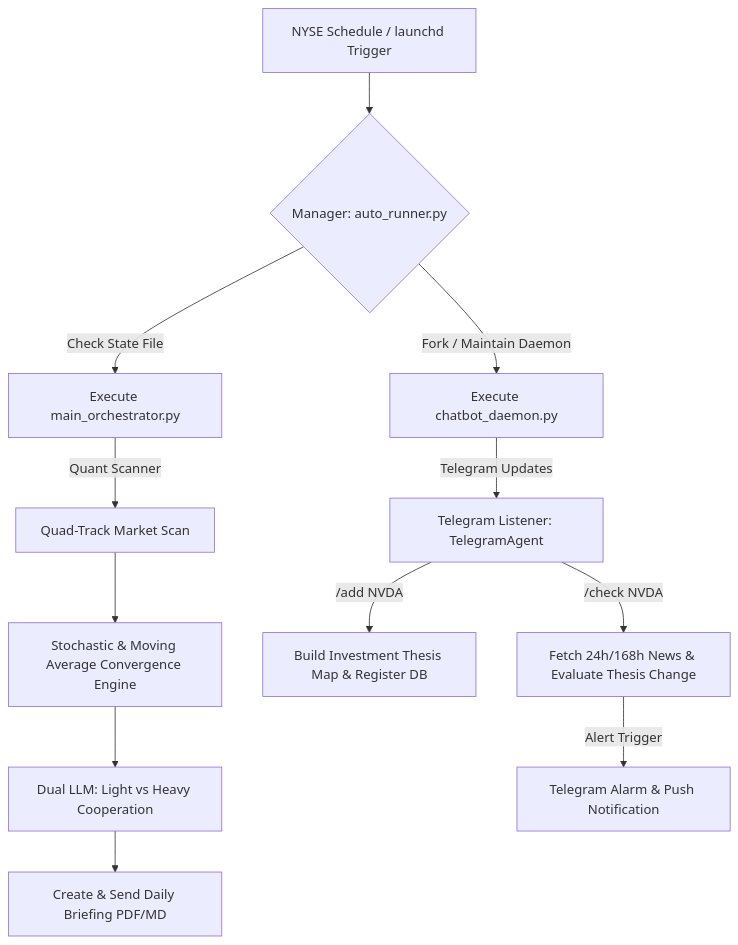
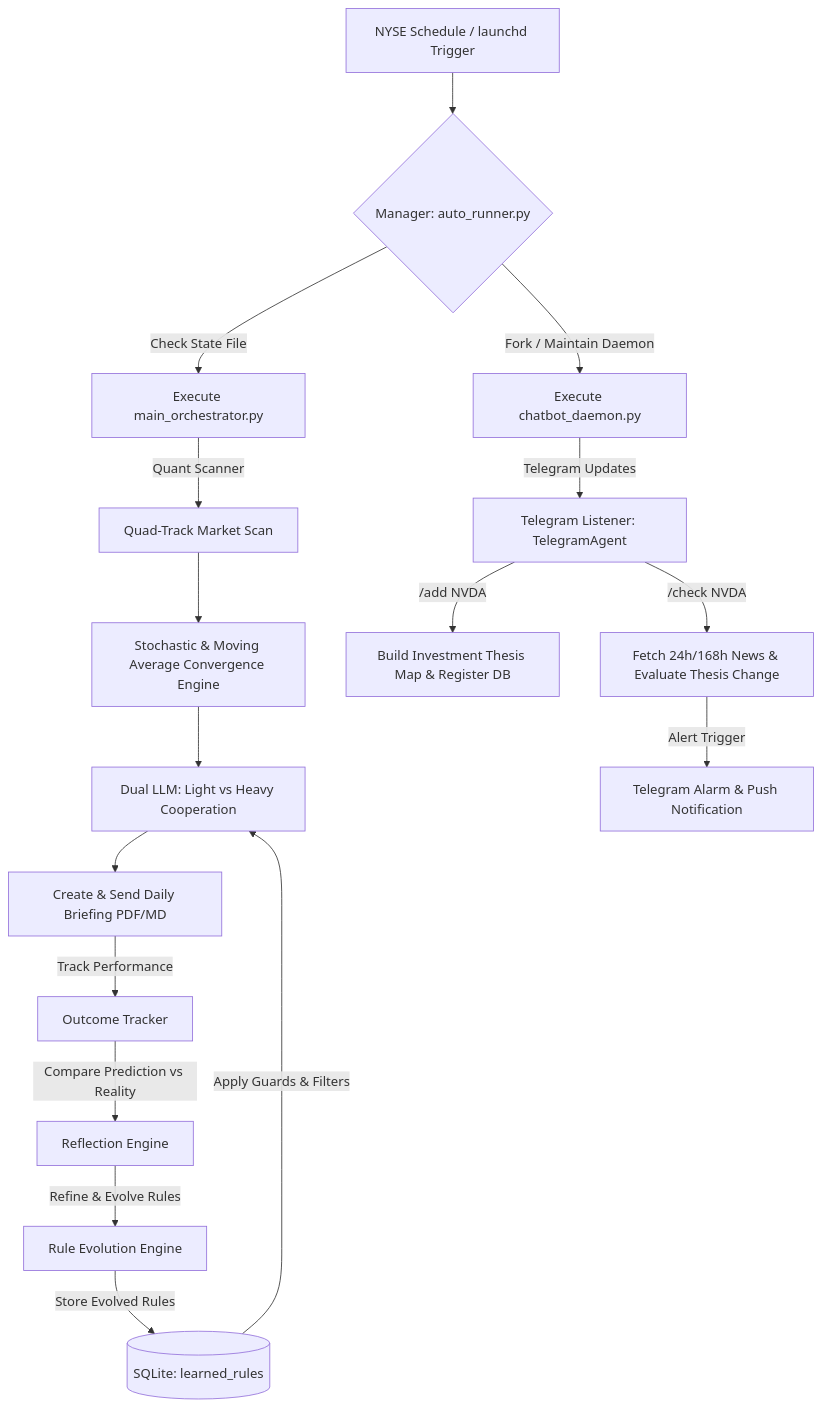
Before and after one commit to casareborgia/AI-CHOONSIK-STOCK-AGENT-: the diagram in README.md, drawn with Mermaid. The commit also changed other lines of this file, not shown here.

Commit message:
Docs: Include Self-Learning & Evolution Engine in README.md

````diff
--- a/README.md
+++ b/README.md
@@ -16,16 +18,23 @@
 ```mermaid
 graph TD
     A[NYSE Schedule / launchd Trigger] --> B{Manager: auto_runner.py}
     B -->|Check State File| C[Execute main_orchestrator.py]
     B -->|Fork / Maintain Daemon| D[Execute chatbot_daemon.py]
     
     C -->|Quant Scanner| E[Quad-Track Market Scan]
     E --> F[Stochastic & Moving Average Convergence Engine]
     F --> G[Dual LLM: Light vs Heavy Cooperation]
     G --> H[Create & Send Daily Briefing PDF/MD]
     
-    D -->|Telegram Updates| I[Telegram Listener: TelegramAgent]
-    I -->|/add NVDA| J[Build Investment Thesis Map & Register DB]
-    I -->|/check NVDA| K[Fetch 24h/168h News & Evaluate Thesis Change]
-    K -->|Alert Trigger| L[Telegram Alarm & Push Notification]
+    %% 자가학습 루프
+    H -->|Track Performance| I[Outcome Tracker]
+    I -->|Compare Prediction vs Reality| J[Reflection Engine]
+    J -->|Refine & Evolve Rules| K[Rule Evolution Engine]
+    K -->|Store Evolved Rules| L[(SQLite: learned_rules)]
+    L -->|Apply Guards & Filters| G
+    
+    D -->|Telegram Updates| M[Telegram Listener: TelegramAgent]
+    M -->|/add NVDA| N[Build Investment Thesis Map & Register DB]
+    M -->|/check NVDA| O[Fetch 24h/168h News & Evaluate Thesis Change]
+    O -->|Alert Trigger| P[Telegram Alarm & Push Notification]
 ```
````
